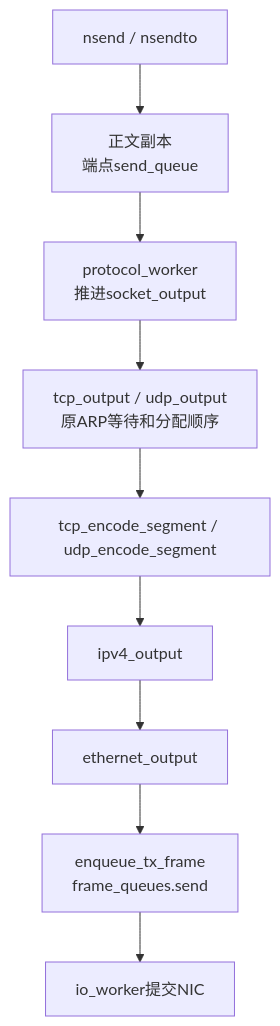
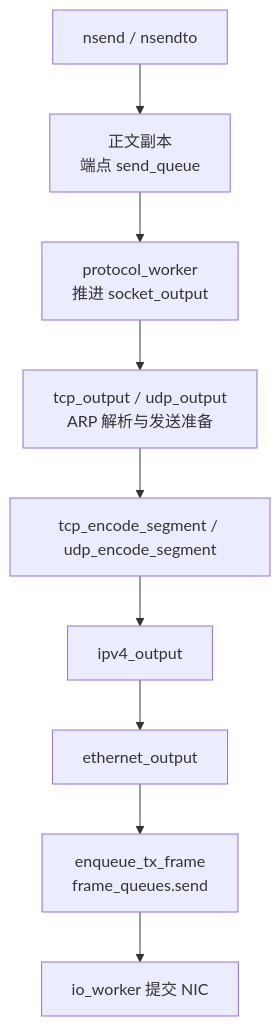
One commit to x853084989-source/tcp-stack changed the second of 2 diagrams in README.md. Above: the diagram before and after it, drawn with Mermaid. The commit also changed other lines of this file, not shown here.

````diff
--- a/README.md
+++ b/README.md
@@ -37,11 +41,11 @@
 ```mermaid
 flowchart TD
-    APP["nsend / nsendto"] --> S["正文副本<br/>端点send_queue"]
-    S --> W["protocol_worker<br/>推进socket_output"]
-    W --> T["tcp_output / udp_output<br/>原ARP等待和分配顺序"]
+    APP["nsend / nsendto"] --> S["正文副本<br/>端点 send_queue"]
+    S --> W["protocol_worker<br/>推进 socket_output"]
+    W --> T["tcp_output / udp_output<br/>ARP 解析与发送准备"]
     T --> C["tcp_encode_segment / udp_encode_segment"]
     C --> IP["ipv4_output"]
     IP --> E["ethernet_output"]
     E --> Q["enqueue_tx_frame<br/>frame_queues.send"]
-    Q --> IO["io_worker提交NIC"]
+    Q --> IO["io_worker 提交 NIC"]
 ```
````
